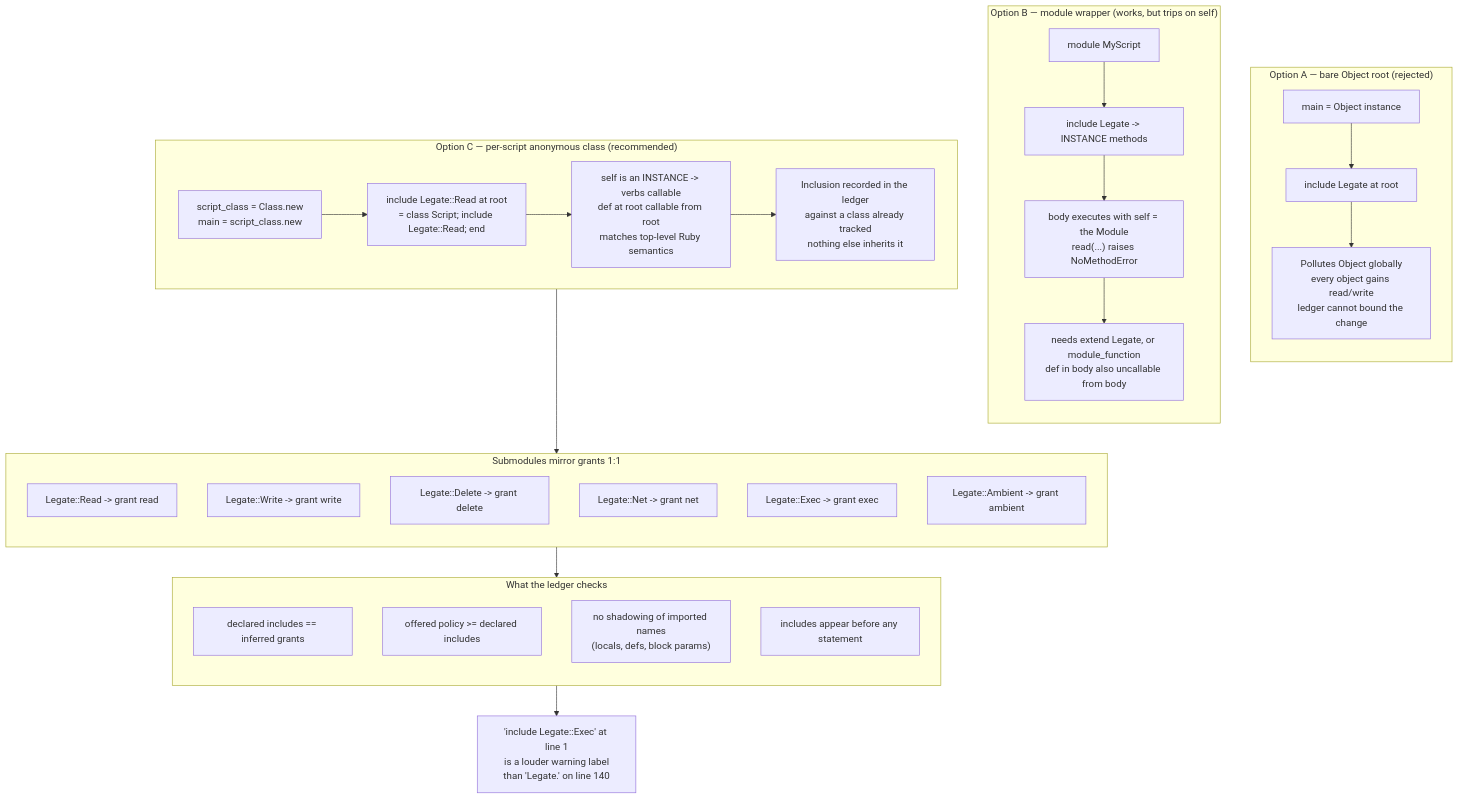
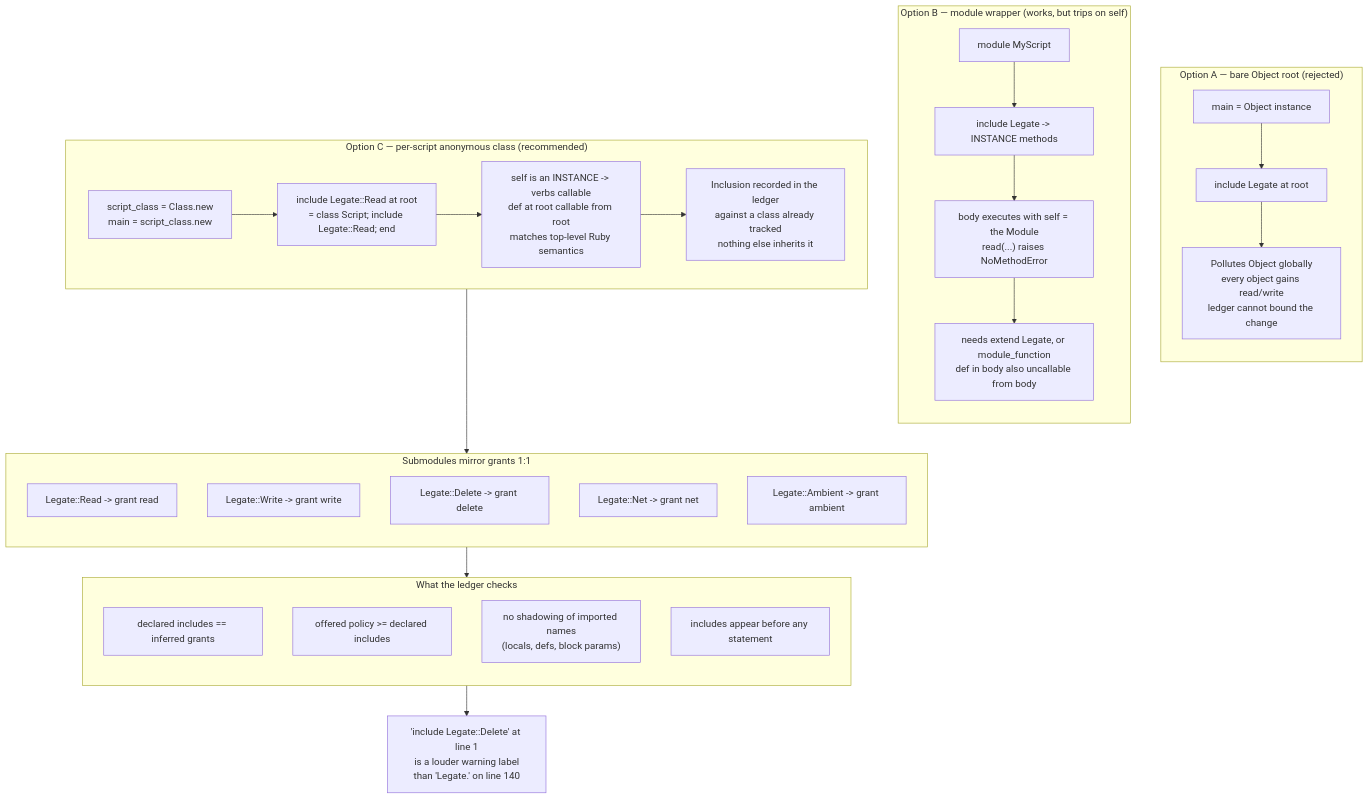
One commit to ModelArmy/adjutant.cr changed the first of 3 diagrams in LEGATE.md. Above: the diagram before and after it, drawn with Mermaid. The commit also changed other lines of this file and 16 other files, not shown here.

````diff
--- a/LEGATE.md
+++ b/LEGATE.md
@@ -108,51 +108,50 @@
 ```mermaid
 flowchart TB
     subgraph OPT1["Option A — bare Object root (rejected)"]
         direction TB
         A1["main = Object instance"]
         A2["include Legate at root"]
         A3["Pollutes Object globally<br/>every object gains read/write<br/>ledger cannot bound the change"]
         A1 --> A2 --> A3
     end
 
     subgraph OPT2["Option B — module wrapper (works, but trips on self)"]
         direction TB
         B1["module MyScript"]
         B2["include Legate -> INSTANCE methods"]
         B3["body executes with self = the Module<br/>read(...) raises NoMethodError"]
         B4["needs extend Legate, or module_function<br/>def in body also uncallable from body"]
         B1 --> B2 --> B3 --> B4
     end
 
     subgraph OPT3["Option C — per-script anonymous class (recommended)"]
         C1["script_class = Class.new<br/>main = script_class.new"]
         C2["include Legate::Read at root<br/>= class Script; include Legate::Read; end"]
         C3["self is an INSTANCE -> verbs callable<br/>def at root callable from root<br/>matches top-level Ruby semantics"]
         C4["Inclusion recorded in the ledger<br/>against a class already tracked<br/>nothing else inherits it"]
         C1 --> C2 --> C3 --> C4
     end
 
     OPT3 --> MAN
 
     subgraph MAN["Submodules mirror grants 1:1"]
         direction TB
         G1["Legate::Read -> grant read"]
         G2["Legate::Write -> grant write"]
         G3["Legate::Delete -> grant delete"]
         G4["Legate::Net -> grant net"]
-        G5["Legate::Exec -> grant exec"]
-        G6["Legate::Ambient -> grant ambient"]
+        G5["Legate::Ambient -> grant ambient"]
     end
 
     MAN --> CHK
 
     subgraph CHK["What the ledger checks"]
         direction TB
         K1["declared includes == inferred grants"]
         K2["offered policy >= declared includes"]
         K3["no shadowing of imported names<br/>(locals, defs, block params)"]
         K4["includes appear before any statement"]
     end
 
-    CHK --> WARN["'include Legate::Exec' at line 1<br/>is a louder warning label<br/>than 'Legate.' on line 140"]
+    CHK --> WARN["'include Legate::Delete' at line 1<br/>is a louder warning label<br/>than 'Legate.' on line 140"]
 ```
````
